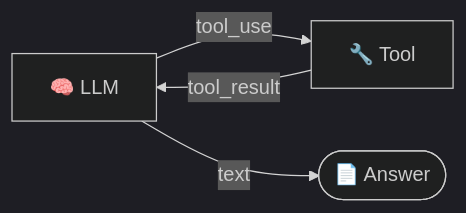
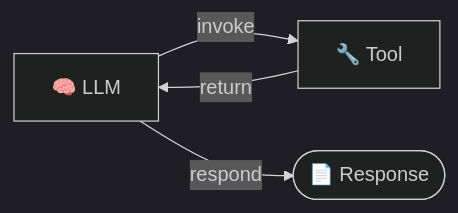
One commit to agenticloops-ai/agentic-ai-engineering changed the fourth of 8 diagrams in 01-foundations/workshop.md. Above: the diagram before and after it, drawn with Mermaid (dark theme). The commit also changed other lines of this file, not shown here.

Commit message:
docs: standardize diagram naming (nouns for shapes, verbs for arrows)

````diff
--- a/01-foundations/workshop.md
+++ b/01-foundations/workshop.md
@@ -206,6 +206,6 @@
 ```mermaid
 flowchart LR
-    L[🧠 LLM] -->|tool_use| T[🔧 Tool]
-    T -->|tool_result| L
-    L -->|text| O([📄 Answer])
+    L[🧠 LLM] -->|invoke| T[🔧 Tool]
+    T -->|return| L
+    L -->|respond| O([📄 Response])
 ```
````
